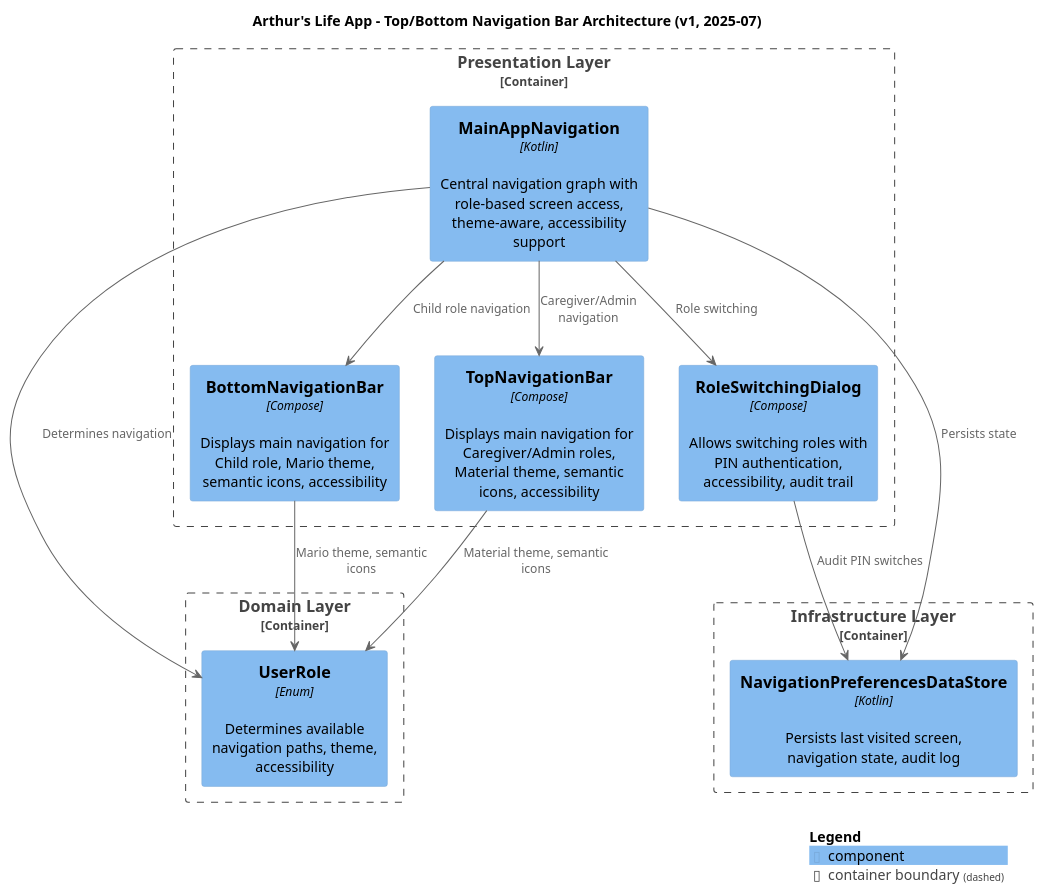
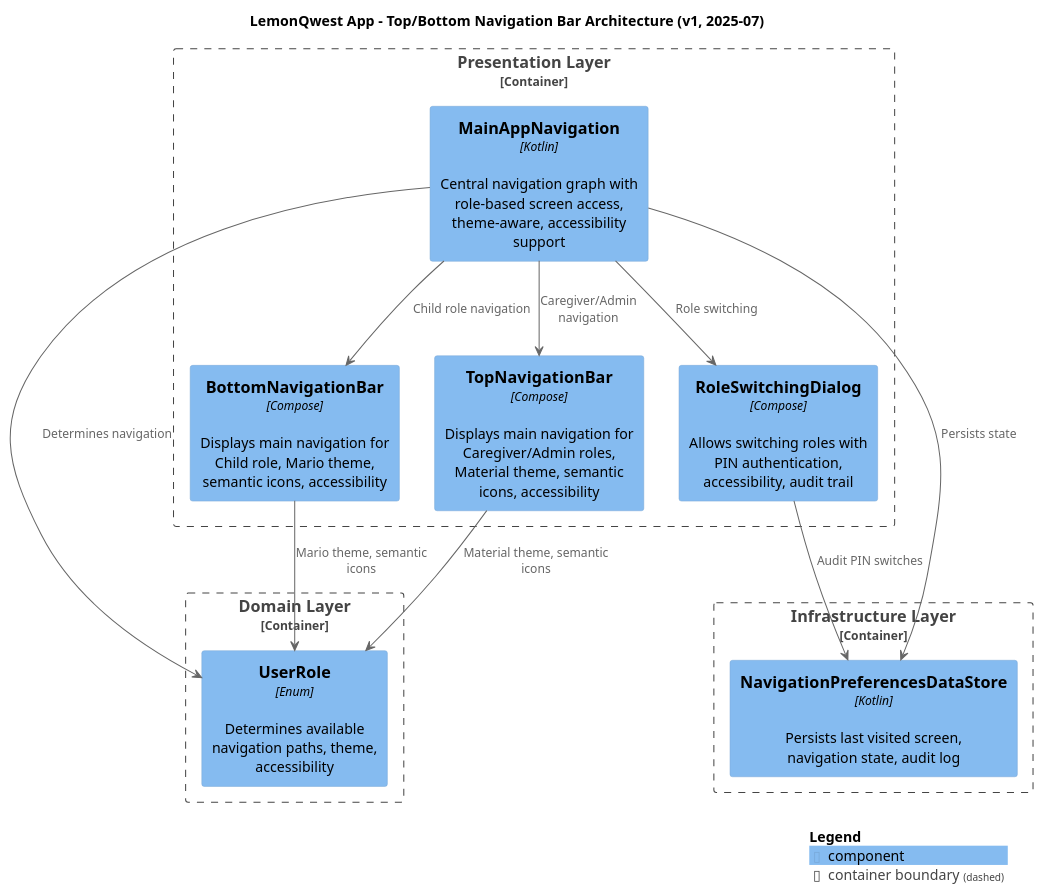
One commit to almeidaraphael/arthurs-life-app changed the diagram in docs/diagrams/navigation-bar-architecture.puml. Above: the diagram before and after it, drawn with PlantUML. The commit also changed 705 other files, not shown here.

```diff
--- a/docs/diagrams/navigation-bar-architecture.puml
+++ b/docs/diagrams/navigation-bar-architecture.puml
@@ -1,34 +1,34 @@
 @startuml navigation-bar-architecture
 !includeurl https://raw.githubusercontent.com/plantuml-stdlib/C4-PlantUML/master/C4_Component.puml
 
 LAYOUT_WITH_LEGEND()
 
-title Arthur's Life App - Top/Bottom Navigation Bar Architecture (v1, 2025-07)
+title LemonQwest App - Top/Bottom Navigation Bar Architecture (v1, 2025-07)
 
 Container_Boundary(presentation, "Presentation Layer") {
   Component(mainAppNavigation, "MainAppNavigation", "Kotlin", "Central navigation graph with role-based screen access, theme-aware, accessibility support")
   Component(bottomNavigationBar, "BottomNavigationBar", "Compose", "Displays main navigation for Child role, Mario theme, semantic icons, accessibility")
   Component(topNavigationBar, "TopNavigationBar", "Compose", "Displays main navigation for Caregiver/Admin roles, Material theme, semantic icons, accessibility")
   Component(roleSwitchingDialog, "RoleSwitchingDialog", "Compose", "Allows switching roles with PIN authentication, accessibility, audit trail")
 }
 
 Container_Boundary(domain, "Domain Layer") {
   Component(userRole, "UserRole", "Enum", "Determines available navigation paths, theme, accessibility")
 }
 
 Container_Boundary(infrastructure, "Infrastructure Layer") {
   Component(navigationPreferences, "NavigationPreferencesDataStore", "Kotlin", "Persists last visited screen, navigation state, audit log")
 }
 
 ' Relationships
 mainAppNavigation --> bottomNavigationBar : "Child role navigation"
 mainAppNavigation --> topNavigationBar : "Caregiver/Admin navigation"
 mainAppNavigation --> roleSwitchingDialog : "Role switching"
 mainAppNavigation --> userRole : "Determines navigation"
 mainAppNavigation --> navigationPreferences : "Persists state"
 bottomNavigationBar --> userRole : "Mario theme, semantic icons"
 topNavigationBar --> userRole : "Material theme, semantic icons"
 roleSwitchingDialog --> navigationPreferences : "Audit PIN switches"
 
 SHOW_LEGEND()
 @enduml
```
